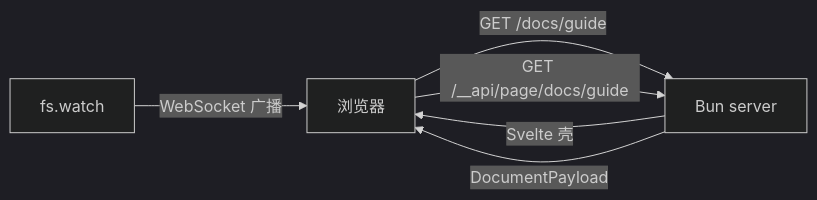
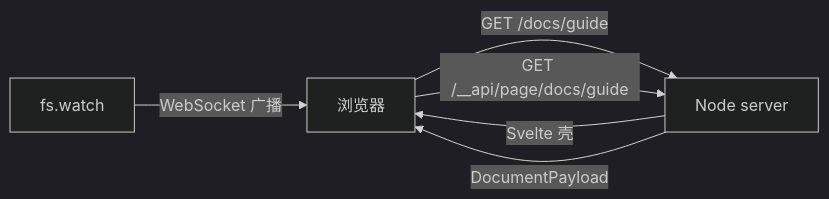
One commit to luohuidong/srvmd changed the diagram in README_CN.md. Above: the diagram before and after it, drawn with Mermaid (dark theme). The commit also changed other lines of this file and 265 other files, not shown here.

````diff
--- a/README_CN.md
+++ b/README_CN.md
@@ -135,8 +129,8 @@
 ```mermaid
 flowchart LR
-  Browser[浏览器] -->|GET /docs/guide| Server[Bun server]
+  Browser[浏览器] -->|GET /docs/guide| Server[Node server]
   Server -->|Svelte 壳| Browser
   Browser -->|GET /__api/page/docs/guide| Server
   Server -->|DocumentPayload| Browser
   Watcher[fs.watch] -->|WebSocket 广播| Browser
 ```
````
